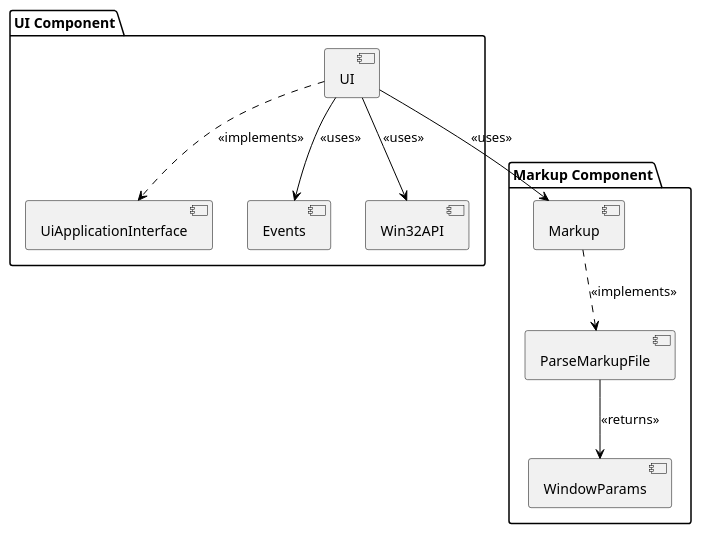
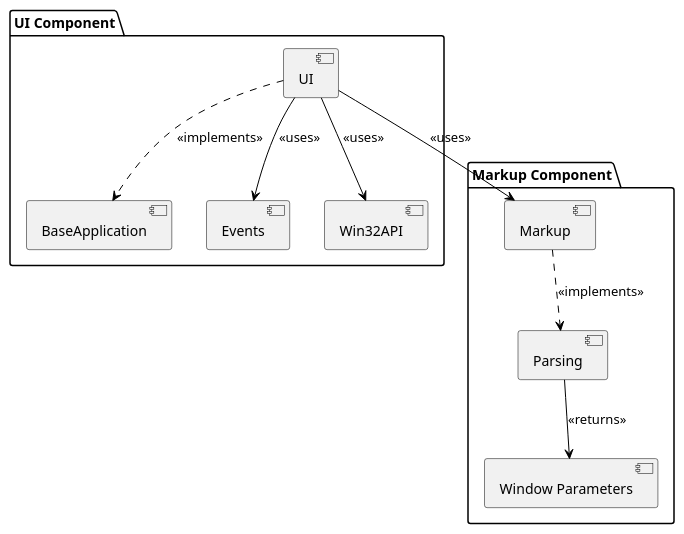
Before and after one commit to vovahrytsiuk/Diploma: the diagram in Components/UI/doc/components.pu, drawn with PlantUML. The commit also changed 32 other files, not shown here.

```diff
--- a/Components/UI/doc/components.pu
+++ b/Components/UI/doc/components.pu
@@ -1,24 +1,24 @@
 @startuml
 
 skinparam component {
     BorderColor #000000
     ArrowColor #000000
 }
 
 package "UI Component" {
-    [UI] ..> [UiApplicationInterface] : <<implements>>
+    [UI] ..> [BaseApplication] : <<implements>>
     [UI] --> [Events] : <<uses>>  
     [UI] --> [Win32API] : <<uses>>
     
     
 }
 
 package "Markup Component" {
     [Markup]
-    [ParseMarkupFile]
-    [Markup] ..> [ParseMarkupFile] : <<implements>>
-    [ParseMarkupFile] --> [WindowParams] : <<returns>>
+    [Parsing]
+    [Markup] ..> [Parsing] : <<implements>>
+    [Parsing] --> [Window Parameters] : <<returns>>
 }
 
 [UI] --> [Markup] : <<uses>>
 @enduml
```
